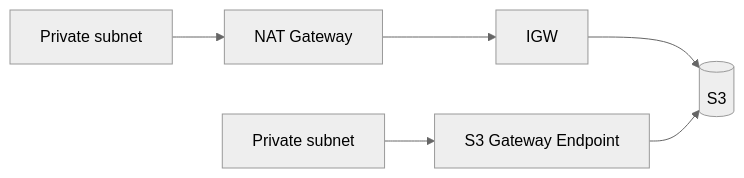
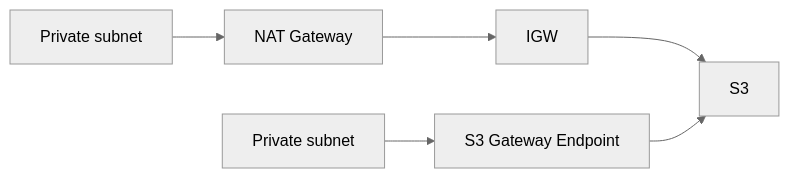
The diagram in aws-saa/week04-domain04-cost-optimized-architectures/day04/01-theory.md (niceguy61/aws-saa-lecture-2026), drawn with Mermaid (neutral theme) before and after one commit. The commit also changed other lines of this file and 11 other files, not shown here.

Commit message:
Harden mermaid diagrams for GitHub rendering

````diff
--- a/aws-saa/week04-domain04-cost-optimized-architectures/day04/01-theory.md
+++ b/aws-saa/week04-domain04-cost-optimized-architectures/day04/01-theory.md
@@ -23,5 +23,5 @@
 ```mermaid
 flowchart LR
-  App[Private subnet] --> NAT[NAT Gateway] --> IGW[IGW] --> S3[(S3)]
+  App[Private subnet] --> NAT[NAT Gateway] --> IGW[IGW] --> S3[S3]
   App2[Private subnet] --> EP[S3 Gateway Endpoint] --> S3
 ```
````
